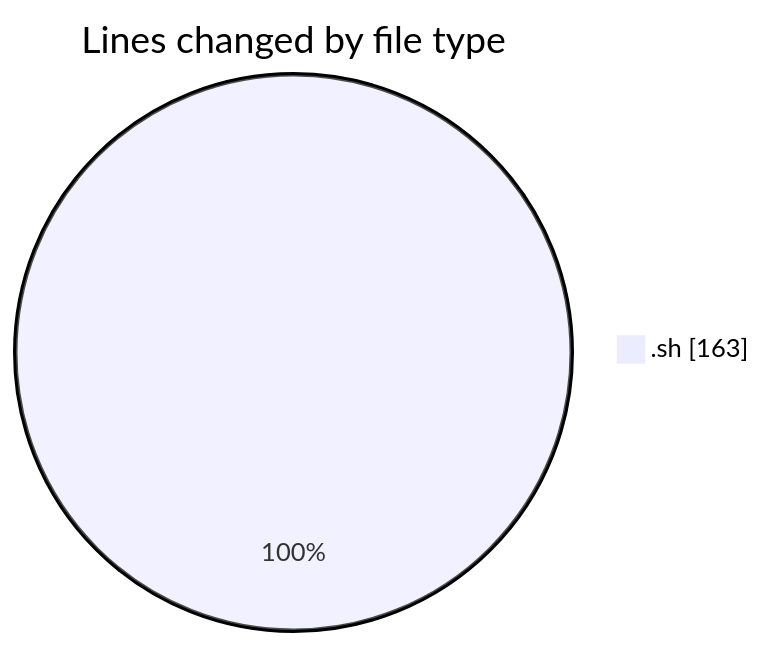
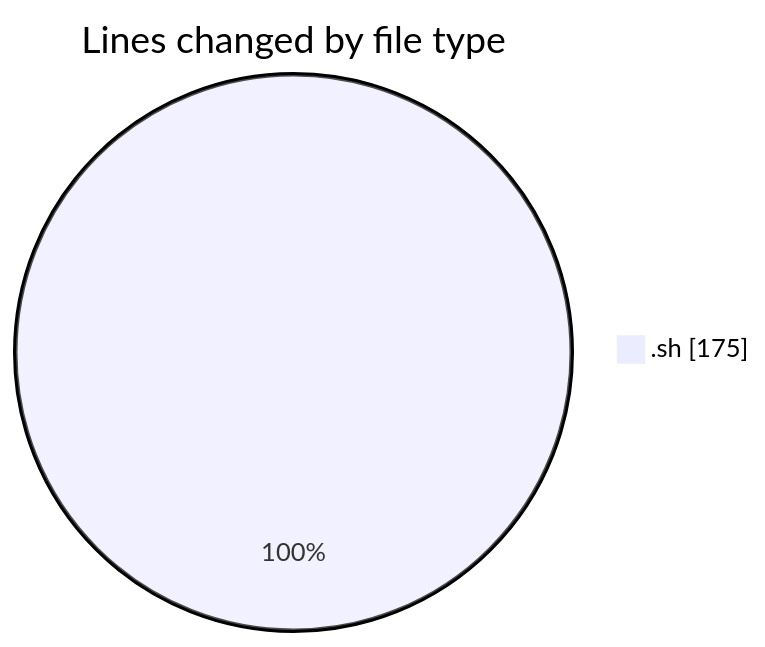
The first of 2 diagrams in 2026-11-10/scripts/README.md (ricardozamudiocil/code-tracking), drawn with Mermaid before and after one commit. The commit also changed other lines of this file and 1 other file, not shown here.

````diff
--- a/2026-11-10/scripts/README.md
+++ b/2026-11-10/scripts/README.md
@@ -20,5 +20,5 @@
 ```mermaid
 pie showData
 title Lines changed by file type
-".sh" : 163
+".sh" : 175
 ```
````
